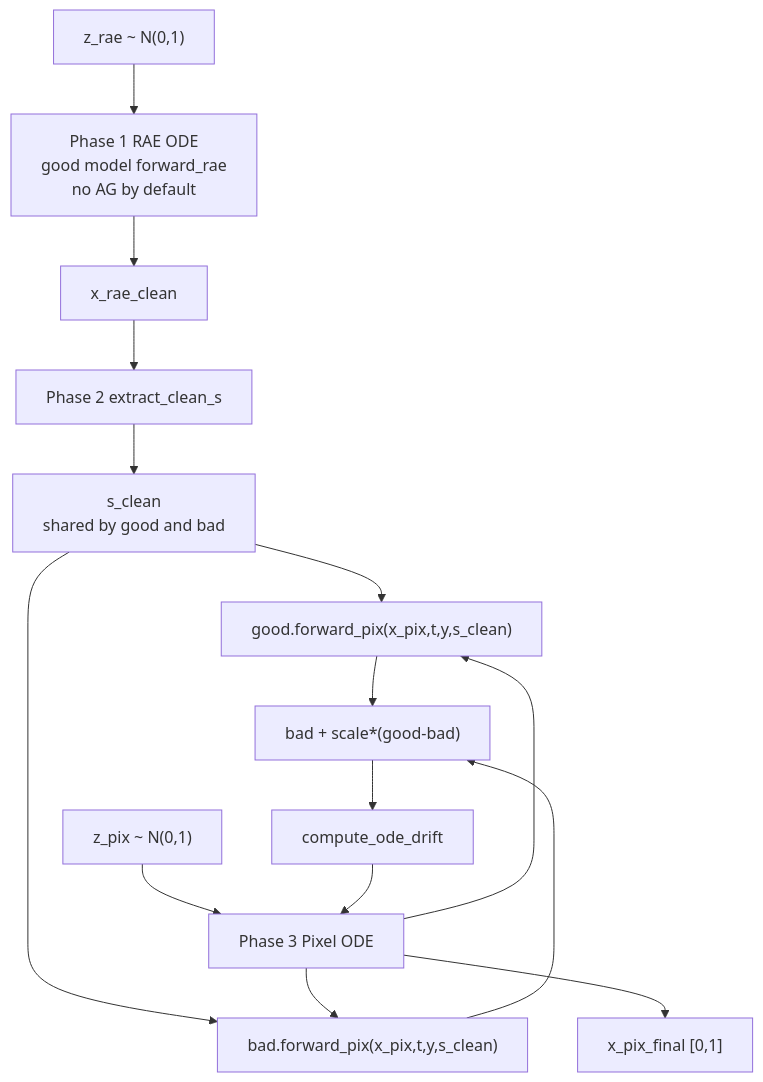
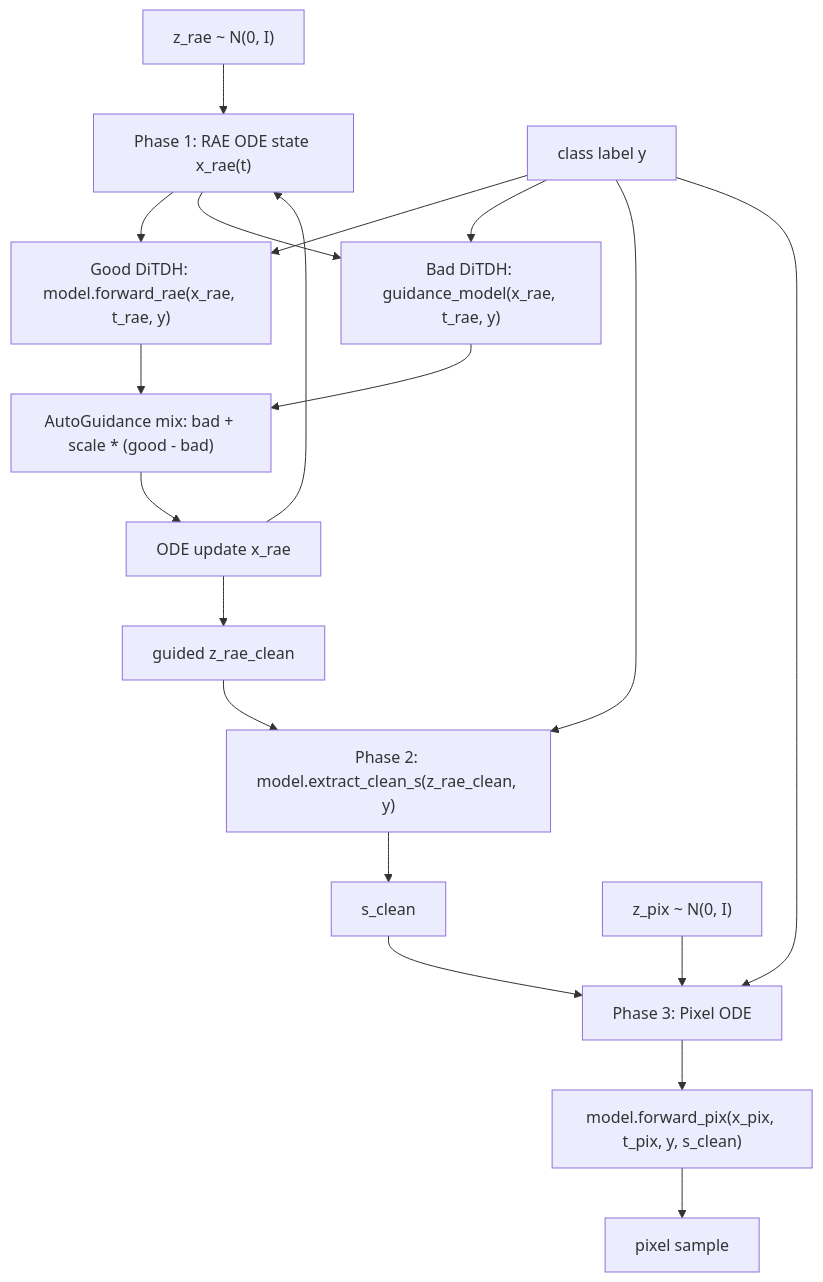
The diagram in plans/auto_guidance.plan.md (shihaoyang0423/Pixel-Generation-with-RAE), drawn with Mermaid before and after one commit. The commit also changed other lines of this file and 4 other files, not shown here.

````diff
--- a/plans/auto_guidance.plan.md
+++ b/plans/auto_guidance.plan.md
@@ -227,18 +56,21 @@
 ```mermaid
-flowchart TB
-    zrae["z_rae ~ N(0,1)"] --> ph1["Phase 1 RAE ODE<br/>good model forward_rae<br/>no AG by default"]
-    ph1 --> xclean["x_rae_clean"]
-    xclean --> ph2["Phase 2 extract_clean_s"]
-    ph2 --> sclean["s_clean<br/>shared by good and bad"]
-
-    zpix["z_pix ~ N(0,1)"] --> loop["Phase 3 Pixel ODE"]
-    sclean --> good["good.forward_pix(x_pix,t,y,s_clean)"]
-    sclean --> bad["bad.forward_pix(x_pix,t,y,s_clean)"]
-    loop --> good
-    loop --> bad
-    good --> mix["bad + scale*(good-bad)"]
-    bad --> mix
-    mix --> drift["compute_ode_drift"]
-    drift --> loop
-    loop --> image["x_pix_final [0,1]"]
+flowchart TD
+    A["z_rae ~ N(0, I)"] --> B["Phase 1: RAE ODE state x_rae(t)"]
+    Y["class label y"] --> G["Good DiTDH: model.forward_rae(x_rae, t_rae, y)"]
+    Y --> H["Bad DiTDH: guidance_model(x_rae, t_rae, y)"]
+    B --> G
+    B --> H
+    G --> I["AutoGuidance mix: bad + scale * (good - bad)"]
+    H --> I
+    I --> J["ODE update x_rae"]
+    J --> B
+    J --> K["guided z_rae_clean"]
+    K --> L["Phase 2: model.extract_clean_s(z_rae_clean, y)"]
+    Y --> L
+    L --> M["s_clean"]
+    N["z_pix ~ N(0, I)"] --> O["Phase 3: Pixel ODE"]
+    M --> O
+    Y --> O
+    O --> P["model.forward_pix(x_pix, t_pix, y, s_clean)"]
+    P --> Q["pixel sample"]
 ```
````
